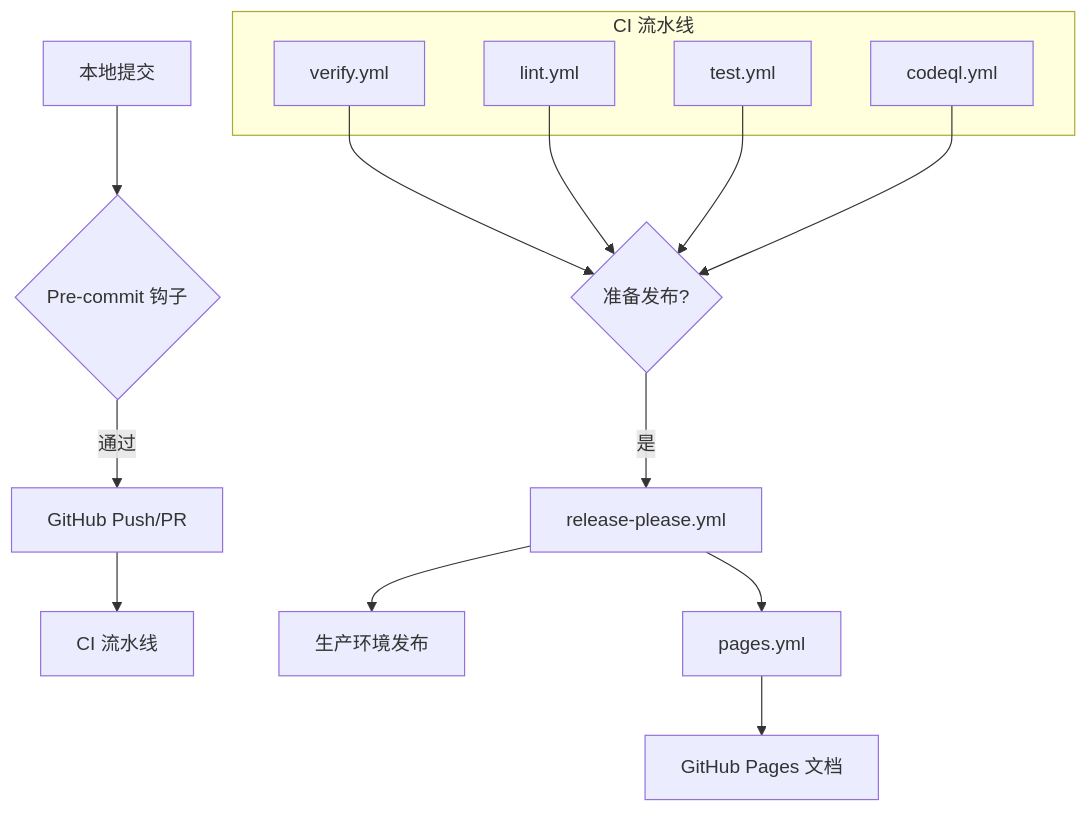
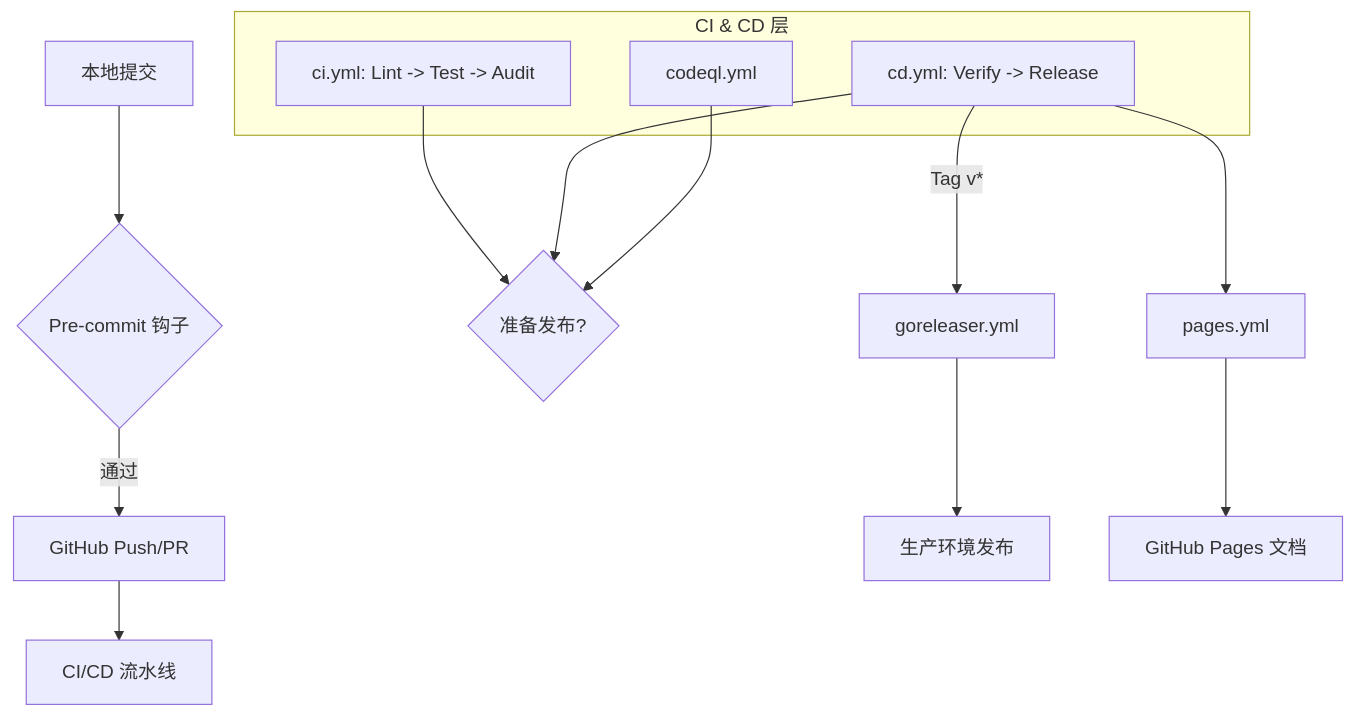
Before and after one commit to snowdreamtech/alpine: the diagram in .github/workflows/README_zh-CN.md, drawn with Mermaid. The commit also changed other lines of this file and 1 other file, not shown here.

Commit message:
docs(ci): update workflow documentation for new ci/cd architecture
- Update architecture diagrams in README.md and README_zh-CN.md.
- Update file structure list to reflect the removal of redundant workflows.
- Sync CI/CD development and release flow descriptions.

````diff
--- a/.github/workflows/README_zh-CN.md
+++ b/.github/workflows/README_zh-CN.md
@@ -22,17 +22,16 @@
 ```mermaid
 graph TD
     A[本地提交] --> B{Pre-commit 钩子}
     B -- 通过 --> C[GitHub Push/PR]
-    C --> D[CI 流水线]
-    subgraph "CI 流水线"
-        D1[verify.yml]
-        D2[lint.yml]
-        D3[test.yml]
-        D4[codeql.yml]
+    C --> D[CI/CD 流水线]
+    subgraph "CI & CD 层"
+        D1[ci.yml: Lint -> Test -> Audit]
+        D2[cd.yml: Verify -> Release]
+        D3[codeql.yml]
     end
-    D1 & D2 & D3 & D4 --> E{准备发布?}
-    E -- 是 --> F[release-please.yml]
+    D1 & D2 & D3 --> E{准备发布?}
+    D2 -- Tag v* --> F[goreleaser.yml]
     F --> G[生产环境发布]
-    F --> H[pages.yml]
+    D2 --> H[pages.yml]
     H --> I[GitHub Pages 文档]
 ```
````
